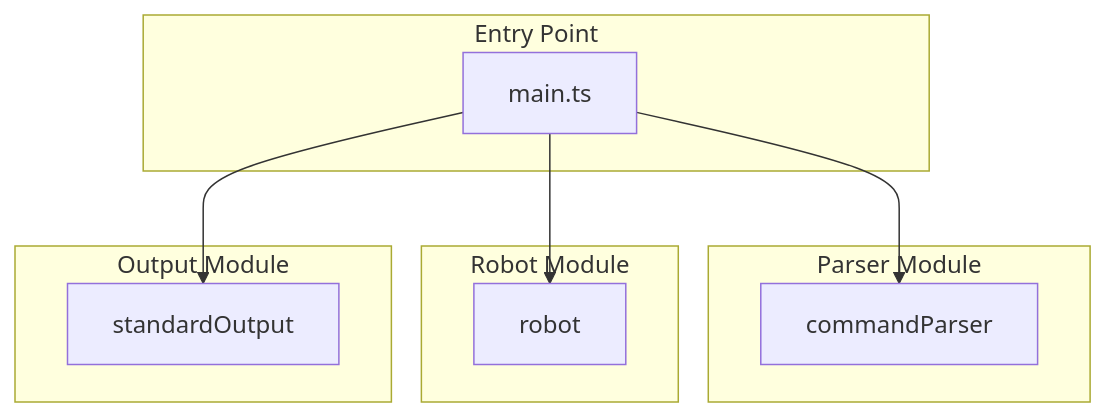
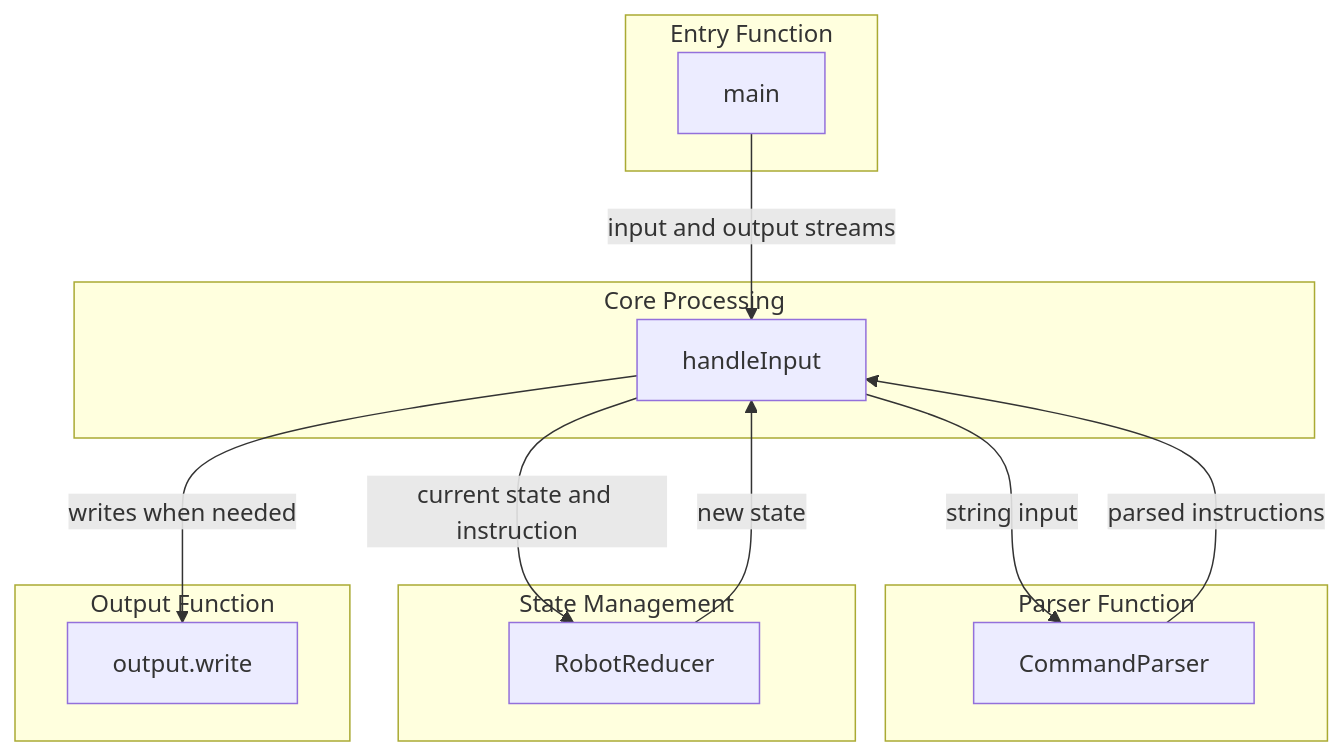
One commit to 13tales/robot changed the diagram in notes.md. Above: the diagram before and after it, drawn with Mermaid. The commit also changed 3 other files, not shown here.

Commit message:
wip: Working on command parser and tests

````diff
--- a/notes.md
+++ b/notes.md
@@ -23,22 +23,29 @@
 ```mermaid
 graph TD
-    A[main.ts] --> B[commandParser]
-    A --> C[robot]
-    A --> D[standardOutput]
+    A[main] --> |input and output streams| B[handleInput]
+    B --> |string input| C[CommandParser]
+    C --> |parsed instructions| B
+    B --> |current state and instruction| D[RobotReducer]
+    D --> |new state| B
+    B --> |writes when needed| E[output]
     
-    subgraph Entry Point
-        A
+    subgraph Entry Function
+        A[main]
     end
     
-    subgraph Parser Module
-        B[commandParser]
+    subgraph Core Processing
+        B[handleInput]
     end
     
-    subgraph Robot Module
-        C[robot]
+    subgraph Parser Function
+        C[CommandParser]
     end
     
-    subgraph Output Module
-        D[standardOutput]
+    subgraph State Management
+        D[RobotReducer]
+    end
+    
+    subgraph Output Function
+        E[output.write]
     end
 ```
````
